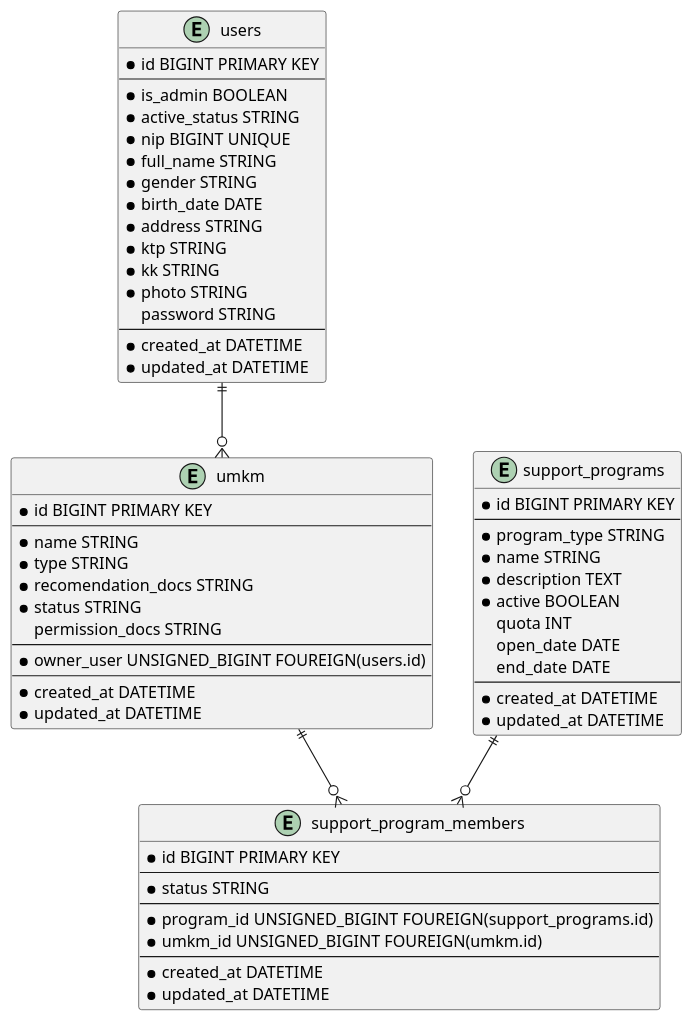
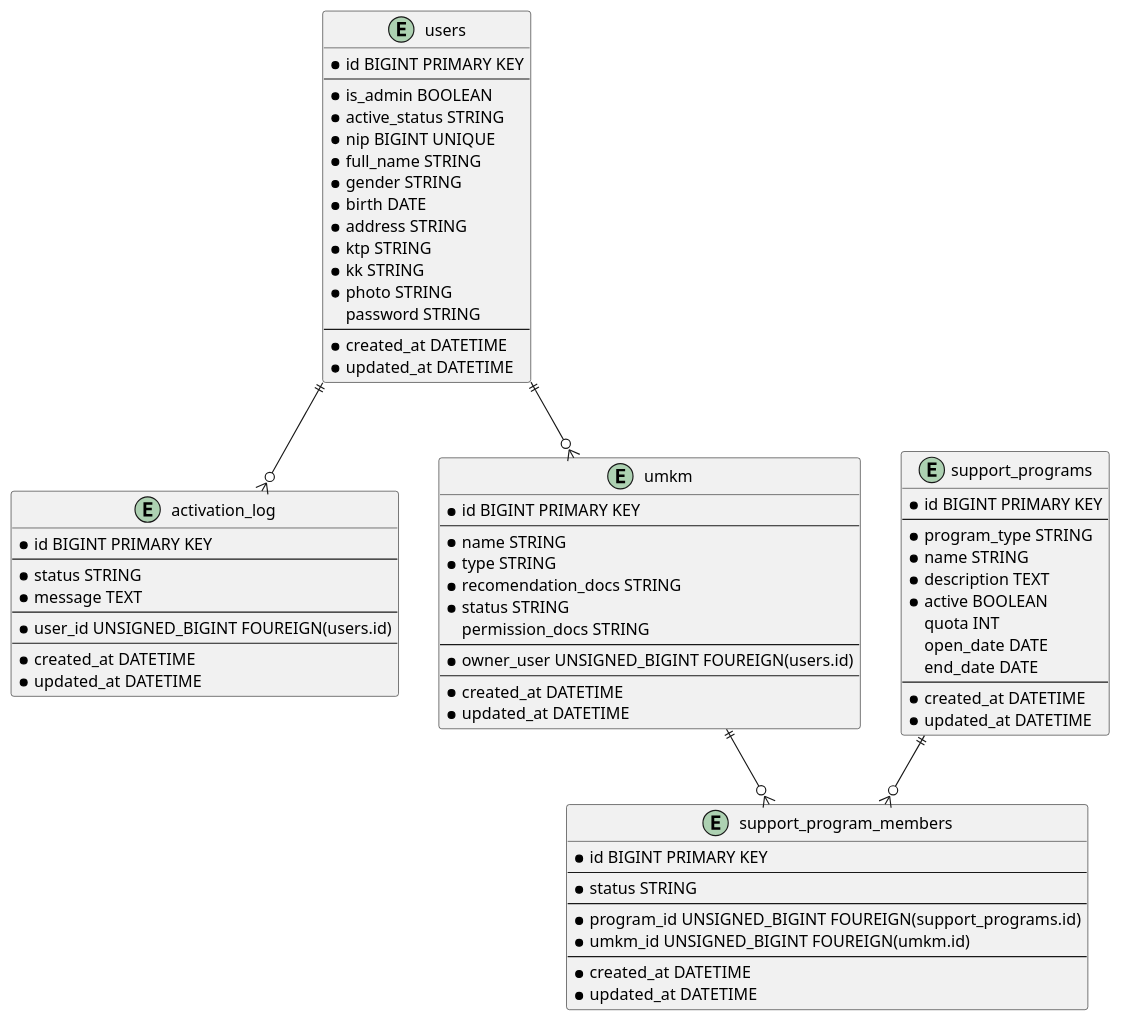
One commit to vithiaz/umkm_registration changed the diagram in db_design.puml. Above: the diagram before and after it, drawn with PlantUML. The commit also changed 38 other files, not shown here.

```diff
--- a/db_design.puml
+++ b/db_design.puml
@@ -1,76 +1,93 @@
 @startuml
 
 entity users {
     * id BIGINT PRIMARY KEY
     --
     * is_admin BOOLEAN
     * active_status STRING
     ' active
     ' pending
     * nip BIGINT UNIQUE
     * full_name STRING
     * gender STRING
-    * birth_date DATE
+    * birth DATE
     * address STRING
     * ktp STRING
     * kk STRING
     * photo STRING
     password STRING
+    --
+    * created_at DATETIME
+    * updated_at DATETIME
+}
+
+entity activation_log {
+    * id BIGINT PRIMARY KEY
+    --
+    * status STRING
+    ' acc
+    ' rejected
+    ' revoked
+    * message TEXT
+    --
+    * user_id UNSIGNED_BIGINT FOUREIGN(users.id)
     --
     * created_at DATETIME
     * updated_at DATETIME
 }
 
 entity umkm {
     * id BIGINT PRIMARY KEY
     --
     * name STRING
     * type STRING
     ' koperasi
     ' umkm
     * recomendation_docs STRING
     * status STRING
     ' verified
     ' pending
     permission_docs STRING
     --
     * owner_user UNSIGNED_BIGINT FOUREIGN(users.id)
     --
     * created_at DATETIME
     * updated_at DATETIME
 }
 
 entity support_programs {
     * id BIGINT PRIMARY KEY
     --
     * program_type STRING
     * name STRING
     * description TEXT
     * active BOOLEAN
     quota INT
     open_date DATE
     end_date DATE
     --
     * created_at DATETIME
     * updated_at DATETIME
 }
 
 entity support_program_members {
     * id BIGINT PRIMARY KEY
     --
     * status STRING
     ' pending
     ' verified
     --
     * program_id UNSIGNED_BIGINT FOUREIGN(support_programs.id)
     * umkm_id UNSIGNED_BIGINT FOUREIGN(umkm.id)
     --
     * created_at DATETIME
     * updated_at DATETIME
 }
 
 users ||--o{ umkm
+users ||--o{ activation_log
+
 support_programs ||--o{ support_program_members
 umkm ||--o{ support_program_members
 
 @enduml
```
